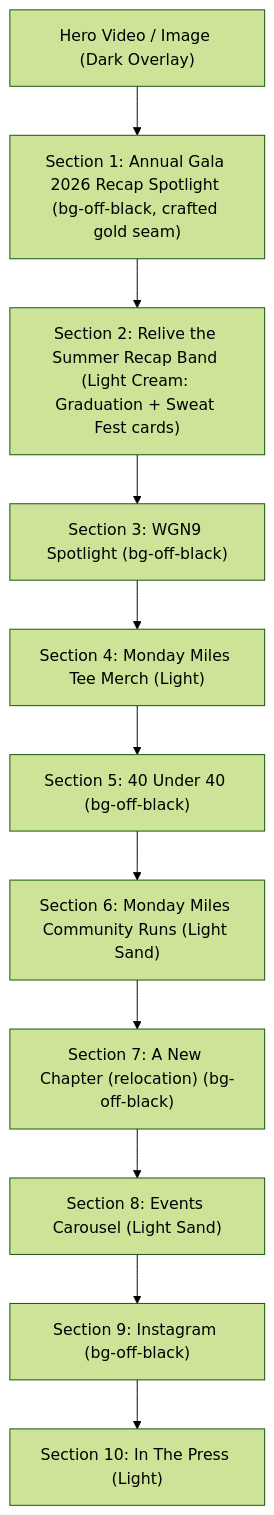
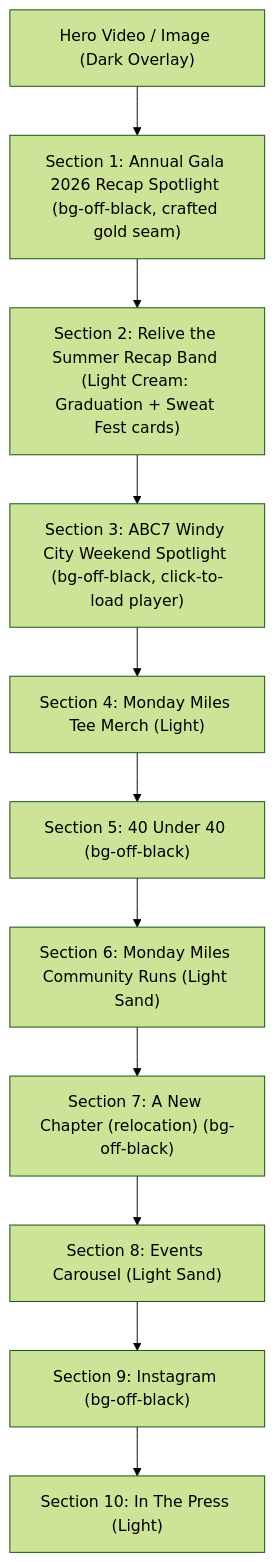
One commit to awaisqazi/latinasweatproject changed the first of 3 diagrams in design.md. Above: the diagram before and after it, drawn with Mermaid (forest theme). The commit also changed other lines of this file and 9 other files, not shown here.

First line of the commit message:
ABC7 Windy City Weekend feature: on-air hero on /press, homepage spotlight, links card, gala recap band

````diff
--- a/design.md
+++ b/design.md
@@ -34,13 +34,13 @@
 ```mermaid
 graph TD
     Hero["Hero Video / Image (Dark Overlay)"] --> Sec1["Section 1: Annual Gala 2026 Recap Spotlight (bg-off-black, crafted gold seam)"]
     Sec1 --> Sec2["Section 2: Relive the Summer Recap Band (Light Cream: Graduation + Sweat Fest cards)"]
-    Sec2 --> Sec3["Section 3: WGN9 Spotlight (bg-off-black)"]
+    Sec2 --> Sec3["Section 3: ABC7 Windy City Weekend Spotlight (bg-off-black, click-to-load player)"]
     Sec3 --> Sec4["Section 4: Monday Miles Tee Merch (Light)"]
     Sec4 --> Sec5["Section 5: 40 Under 40 (bg-off-black)"]
     Sec5 --> Sec6["Section 6: Monday Miles Community Runs (Light Sand)"]
     Sec6 --> Sec7["Section 7: A New Chapter (relocation) (bg-off-black)"]
     Sec7 --> Sec8["Section 8: Events Carousel (Light Sand)"]
     Sec8 --> Sec9["Section 9: Instagram (bg-off-black)"]
     Sec9 --> Sec10["Section 10: In The Press (Light)"]
 ```
````
